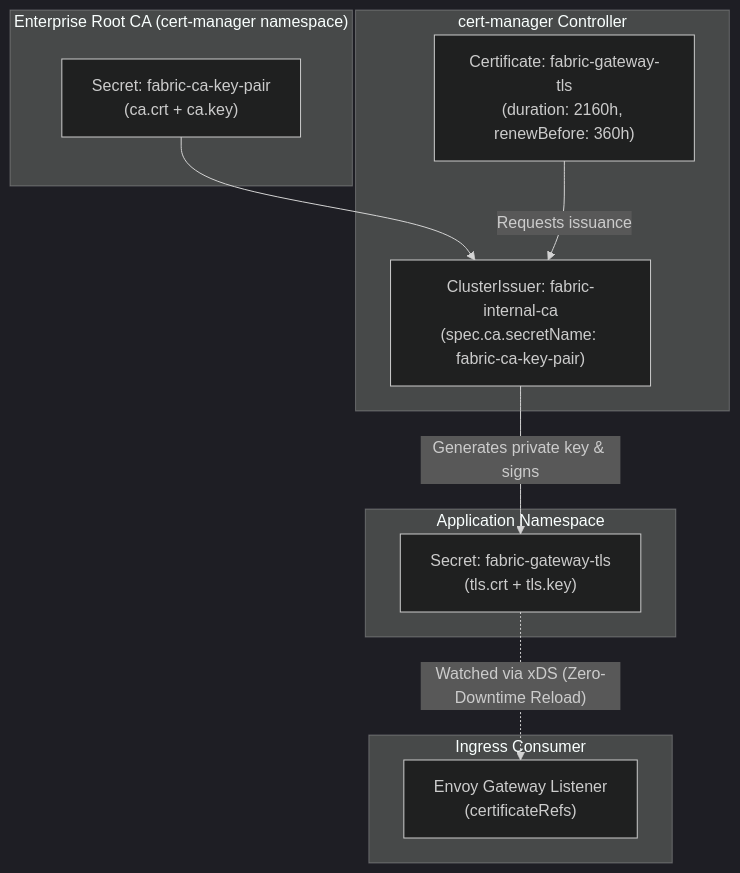
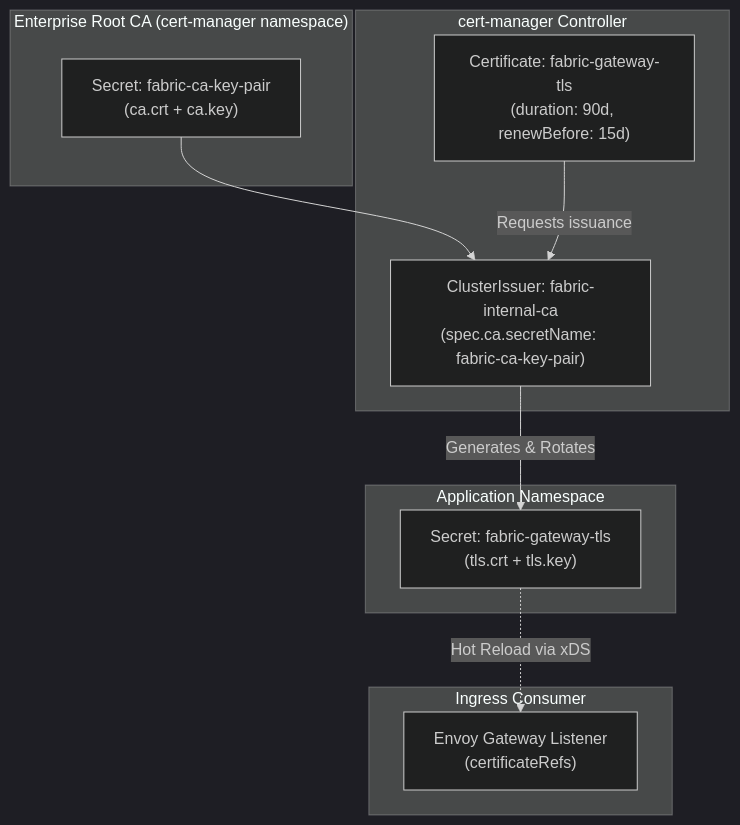
The fifth of 5 diagrams in solvas-stack-architecture.md (kkanapadinjaru/delivery-pulse), drawn with Mermaid (dark theme) before and after one commit. The commit also changed other lines of this file, not shown here.

First line of the commit message:
Revise Solvas Stack Architecture for modernization

````diff
--- a/solvas-stack-architecture.md
+++ b/solvas-stack-architecture.md
@@ -362,23 +296,23 @@
 ```mermaid
 flowchart TD
     subgraph SecretVault["Enterprise Root CA (cert-manager namespace)"]
         CASecret["Secret: fabric-ca-key-pair<br/>(ca.crt + ca.key)"]
     end
 
     subgraph CertManager["cert-manager Controller"]
         Issuer["ClusterIssuer: fabric-internal-ca<br/>(spec.ca.secretName: fabric-ca-key-pair)"]
-        CertCRD["Certificate: fabric-gateway-tls<br/>(duration: 2160h, renewBefore: 360h)"]
+        CertCRD["Certificate: fabric-gateway-tls<br/>(duration: 90d, renewBefore: 15d)"]
         CASecret --> Issuer
         CertCRD -->|"Requests issuance"| Issuer
     end
 
     subgraph GeneratedSecret["Application Namespace"]
         TLSSecret["Secret: fabric-gateway-tls<br/>(tls.crt + tls.key)"]
-        Issuer -->|"Generates private key & signs"| TLSSecret
+        Issuer -->|"Generates & Rotates"| TLSSecret
     end
 
     subgraph Consumer["Ingress Consumer"]
         Envoy["Envoy Gateway Listener<br/>(certificateRefs)"]
-        TLSSecret -.->|"Watched via xDS (Zero-Downtime Reload)"| Envoy
+        TLSSecret -.->|"Hot Reload via xDS"| Envoy
     end
 ```
````
